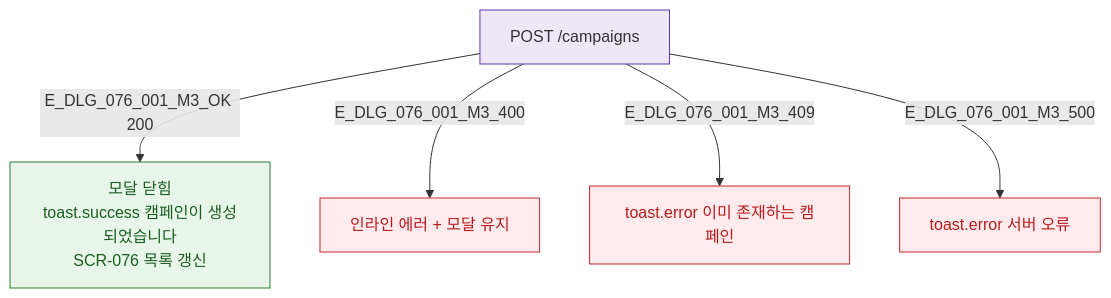
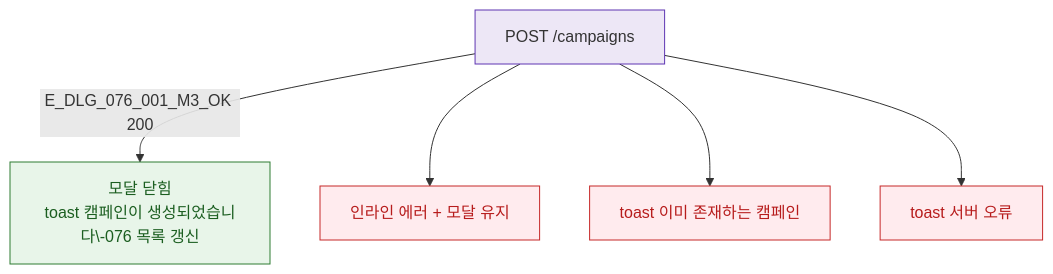
One commit to dev-spogym/admin-pando changed the diagram in docs/다이어그램/D08_마케팅/DLG/DLG-076-001/M3_결과분기.md. Above: the diagram before and after it, drawn with Mermaid. The commit also changed other lines of this file and 1660 other files, not shown here.

First line of the commit message:
다이어그램: 기획자/클라이언트 납품본으로 정리

````diff
--- a/docs/다이어그램/D08_마케팅/DLG/DLG-076-001/M3_결과분기.md
+++ b/docs/다이어그램/D08_마케팅/DLG/DLG-076-001/M3_결과분기.md
@@ -14,15 +12,15 @@
 ```mermaid
 flowchart TD
-  API[POST /campaigns] -->|E_DLG_076_001_M3_OK 200| SUCCESS[모달 닫힘\ntoast.success 캠페인이 생성되었습니다\nSCR-076 목록 갱신]
-  API -->|E_DLG_076_001_M3_400| ERR_400[인라인 에러 + 모달 유지]
-  API -->|E_DLG_076_001_M3_409| ERR_409[toast.error 이미 존재하는 캠페인]
-  API -->|E_DLG_076_001_M3_500| ERR_500[toast.error 서버 오류]
+  API[POST /campaigns] -->|E_DLG_076_001_M3_OK 200|SUCCESS[모달 닫힘\ntoast 캠페인이 생성되었습니다\-076 목록 갱신]
+  API --> ERR_400[인라인 에러 + 모달 유지]
+  API --> ERR_409[toast 이미 존재하는 캠페인]
+  API --> ERR_500[toast 서버 오류]
 
   classDef success fill:#E8F5E9,stroke:#2E7D32,color:#1B5E20
-  classDef error   fill:#FFEBEE,stroke:#C62828,color:#B71C1C
-  classDef system  fill:#EDE7F6,stroke:#5E35B2
+  classDef error fill:#FFEBEE,stroke:#C62828,color:#B71C1C
+  classDef system fill:#EDE7F6,stroke:#5E35B2
 
   class SUCCESS success
   class ERR_400,ERR_409,ERR_500 error
   class API system
 ```
````
